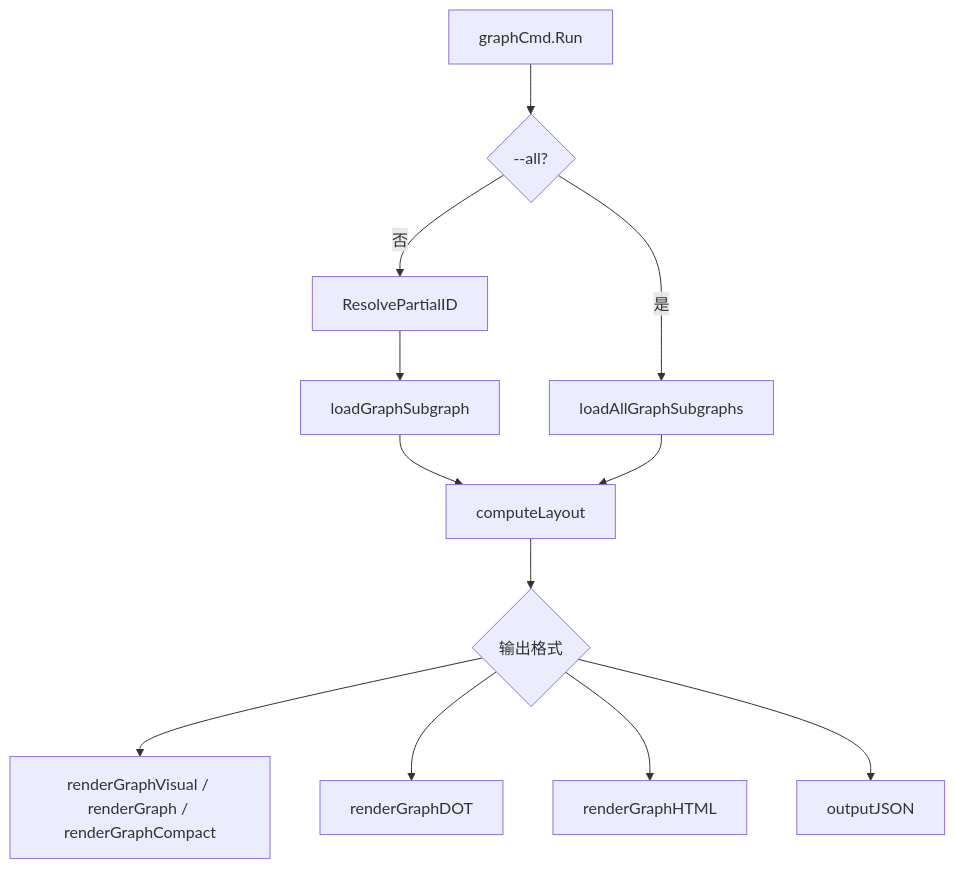
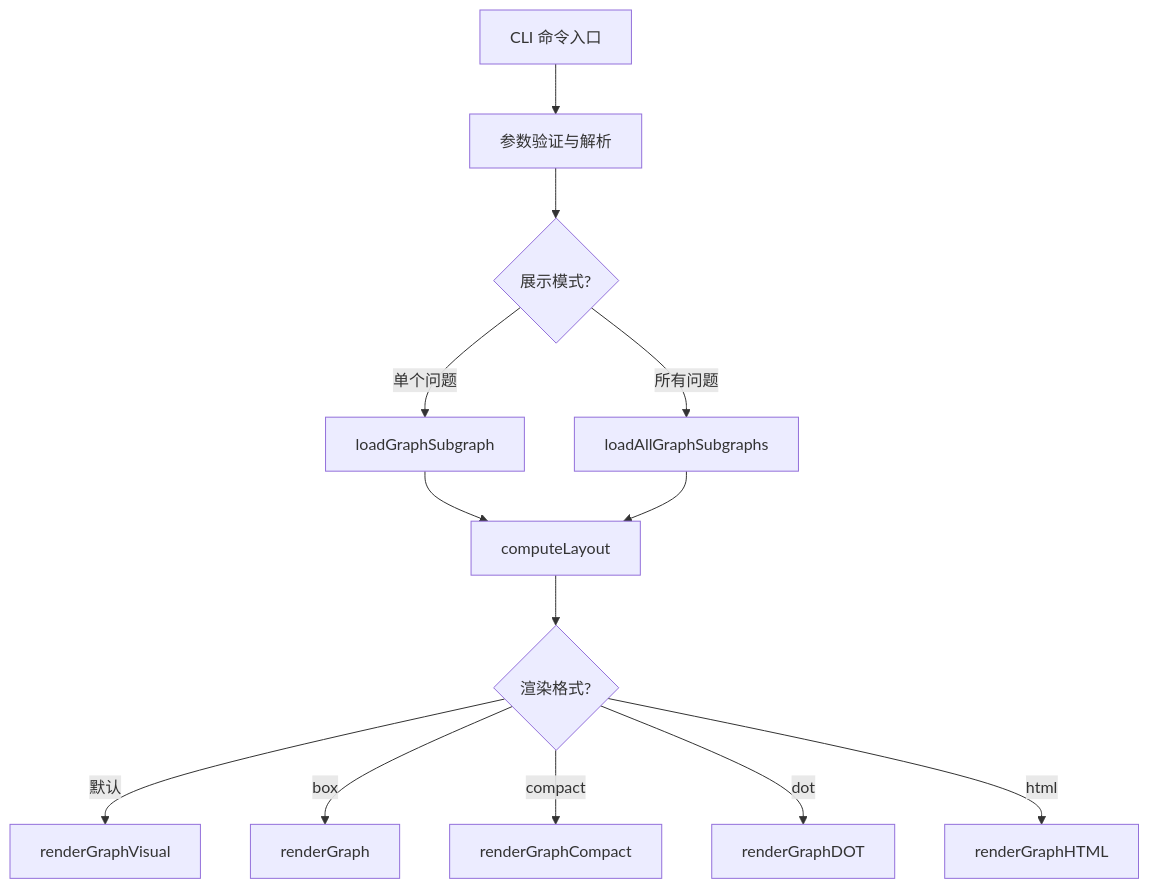
One commit to nerdneilsfield/code-wiki-pages changed the first of 2 diagrams in public/beads-docs/graph_command_core.md. Above: the diagram before and after it, drawn with Mermaid. The commit also changed other lines of this file and 404 other files, not shown here.

````diff
--- a/public/beads-docs/graph_command_core.md
+++ b/public/beads-docs/graph_command_core.md
@@ -36,14 +79,15 @@
 ```mermaid
 flowchart TD
-    A[graphCmd.Run] --> B{--all?}
-    B -- 否 --> C[ResolvePartialID]
-    C --> D[loadGraphSubgraph]
-    B -- 是 --> E[loadAllGraphSubgraphs]
+    A[CLI 命令入口] --> B[参数验证与解析]
+    B --> C{展示模式?}
+    C -->|单个问题| D[loadGraphSubgraph]
+    C -->|所有问题| E[loadAllGraphSubgraphs]
     D --> F[computeLayout]
     E --> F
-    F --> G{输出格式}
-    G --> H[renderGraphVisual / renderGraph / renderGraphCompact]
-    G --> I[renderGraphDOT]
-    G --> J[renderGraphHTML]
-    G --> K[outputJSON]
+    F --> G{渲染格式?}
+    G -->|默认| H[renderGraphVisual]
+    G -->|box| I[renderGraph]
+    G -->|compact| J[renderGraphCompact]
+    G -->|dot| K[renderGraphDOT]
+    G -->|html| L[renderGraphHTML]
 ```
````
